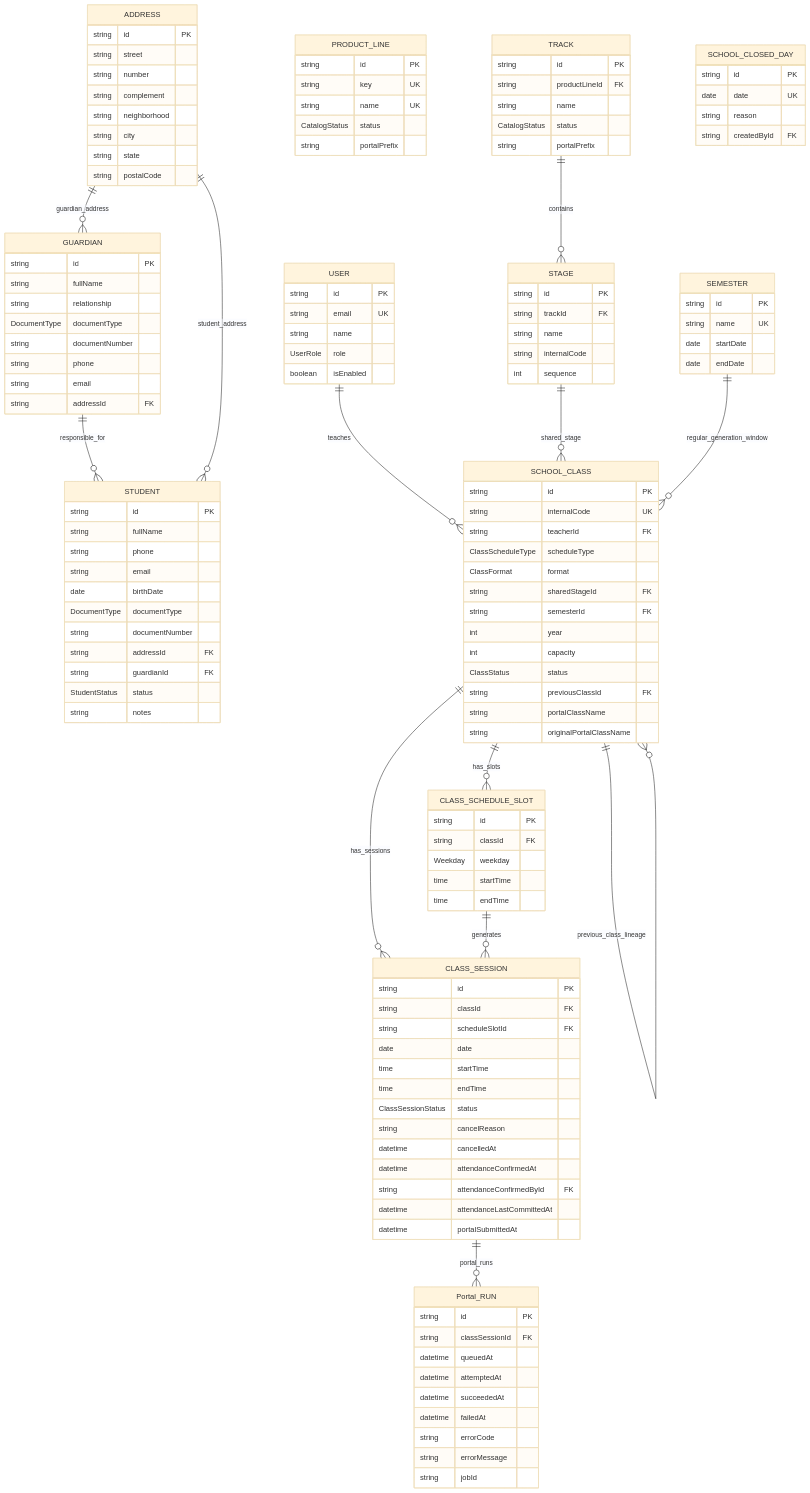
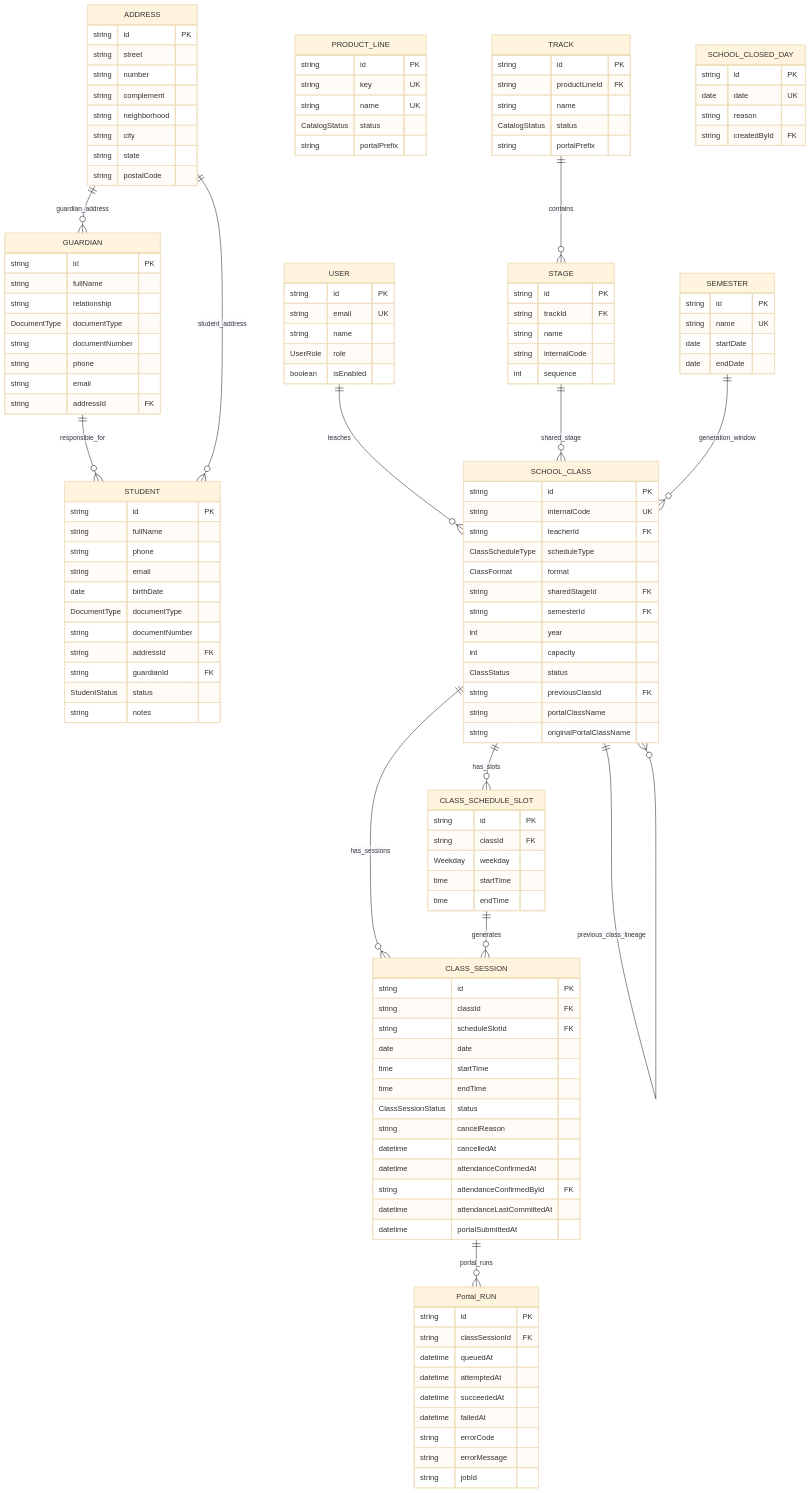
Before and after one commit to josiasrfreitas/lazuli: the first of 4 diagrams in docs/MVP/ERD.md, drawn with Mermaid (base theme). The commit also changed other lines of this file and 21 other files, not shown here.

First line of the commit message:
Align session generation docs and require semester for all classes.

```diff
--- a/docs/MVP/ERD.md
+++ b/docs/MVP/ERD.md
@@ -160,7 +160,7 @@
   ADDRESS ||--o{ GUARDIAN : guardian_address
   TRACK ||--o{ STAGE : contains
   STAGE ||--o{ SCHOOL_CLASS : shared_stage
-  SEMESTER ||--o{ SCHOOL_CLASS : regular_generation_window
+  SEMESTER ||--o{ SCHOOL_CLASS : generation_window
   SCHOOL_CLASS ||--o{ SCHOOL_CLASS : previous_class_lineage
   SCHOOL_CLASS ||--o{ CLASS_SCHEDULE_SLOT : has_slots
   SCHOOL_CLASS ||--o{ CLASS_SESSION : has_sessions
```
